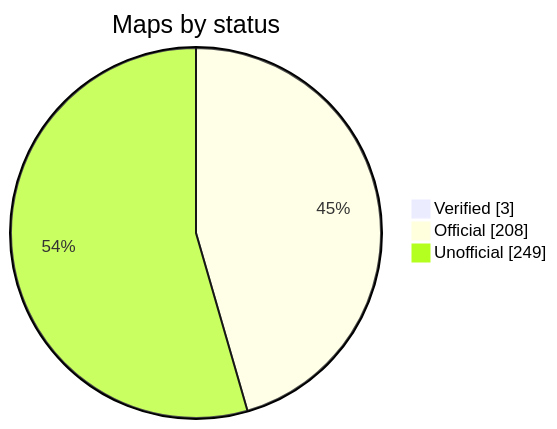
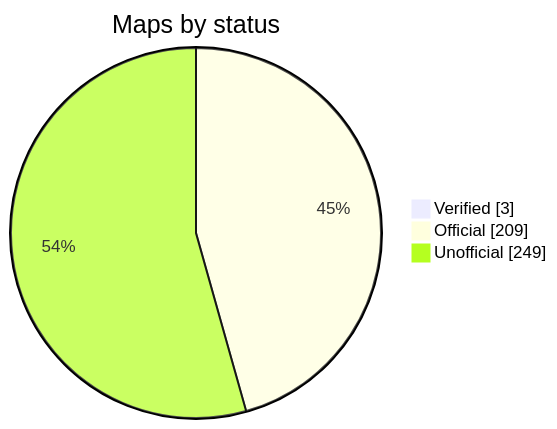
Before and after one commit to nobrega8/mbmap-library: the diagram in README.md, drawn with Mermaid. The commit also changed 2 other files, not shown here.

Commit message:
Add Mitsubishi Electric FR-D700

````diff
--- a/README.md
+++ b/README.md
@@ -48,7 +48,7 @@
 ```mermaid
 pie showData
     title Maps by status
     "Verified" : 3
-    "Official" : 208
+    "Official" : 209
     "Unofficial" : 249
 ```
````
